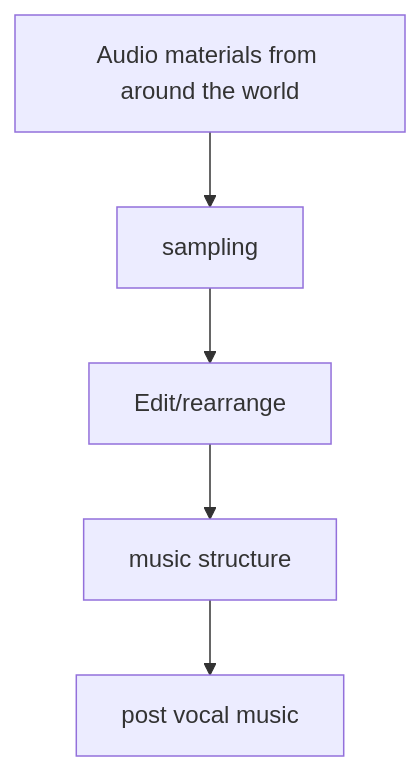
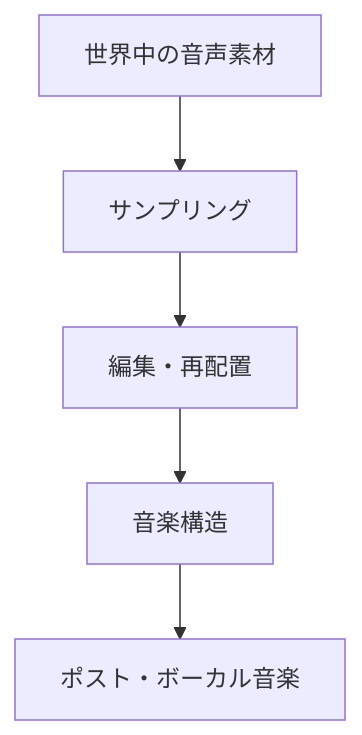
One commit to monumental-movement/monumental-movement.github.io changed the sixth of 11 diagrams in en/_posts/2026-06-30-column-influential-album-02.md. Above: the diagram before and after it, drawn with Mermaid. The commit also changed other lines of this file and 2196 other files, not shown here.

```diff
--- a/en/_posts/2026-06-30-column-influential-album-02.md
+++ b/en/_posts/2026-06-30-column-influential-album-02.md
@@ -705,11 +703,11 @@
 <div class="mermaid">
 flowchart TD
-A[Audio materials from around the world]
-B[sampling]
-C[Edit/rearrange]
-D[music structure]
+A[世界中の音声素材]
+B[サンプリング]
+C[編集・再配置]
+D[音楽構造]
 
 A --> B --> C --> D
-D --> E[post vocal music]
+D --> E[ポスト・ボーカル音楽]
 
 </div>
```
